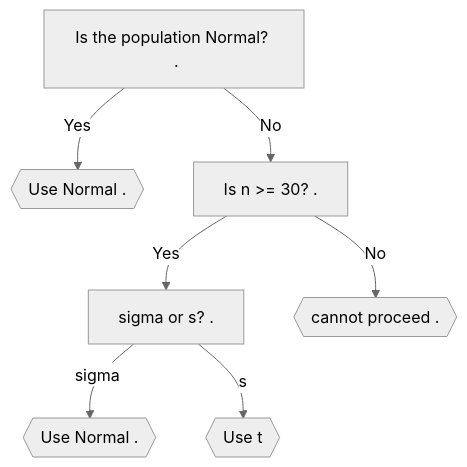
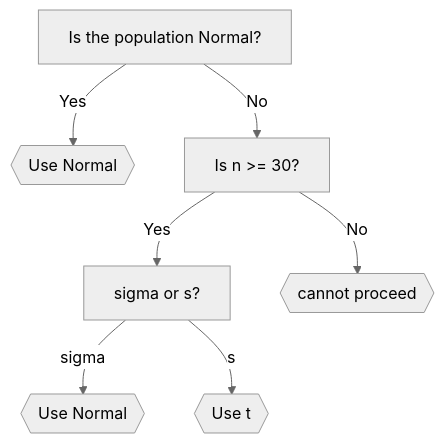
The diagram in Pages/Lectures/Lecture13/Lec13.qmd (annieradams/pstat5a.github.io), drawn with Mermaid (neutral theme) before and after one commit. The commit also changed other lines of this file and 22 other files, not shown here.

````diff
--- a/Pages/Lectures/Lecture13/Lec13.qmd
+++ b/Pages/Lectures/Lecture13/Lec13.qmd
@@ -64,9 +64,9 @@
 ```{mermaid}
 graph TB
-  A[Is the population Normal?  . ] --> |Yes| B{{Use Normal .}}
-  A --> |No| C[Is n >= 30?  .]
-  C --> |Yes| D[sigma or s?  .]
-  C --> |No| E{{cannot proceed   .}}
-  D --> |sigma| F{{Use Normal .}}
+  A[Is the population Normal?   ] --> |Yes| B{{Use Normal }}
+  A --> |No| C[Is n >= 30?  ]
+  C --> |Yes| D[sigma or s?  ]
+  C --> |No| E{{cannot proceed   }}
+  D --> |sigma| F{{Use Normal }}
   D --> |s| G{{Use t }}
 ```
````
